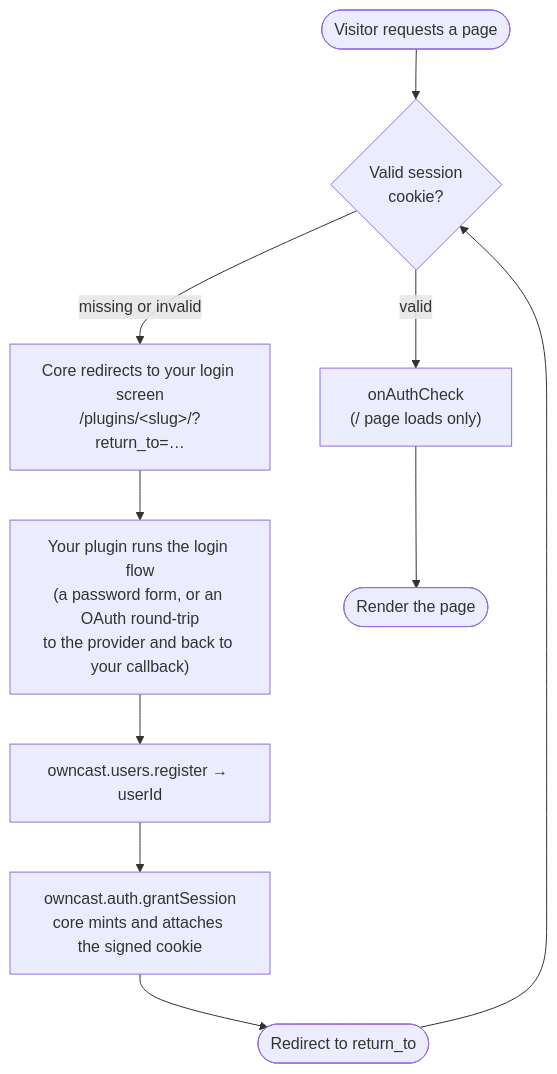
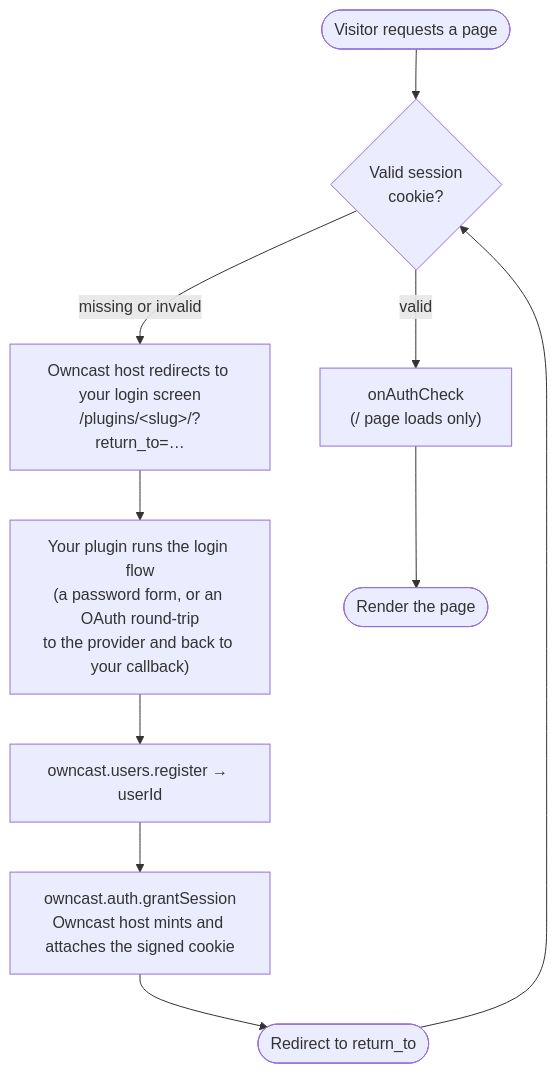
Before and after one commit to owncast/owncast.github.io: the diagram in docs/plugins/auth.mdx, drawn with Mermaid. The commit also changed other lines of this file and 1 other file, not shown here.

Commit message:
Auth docs: say 'Owncast host' instead of 'core', and move the page to the top of the plugins sidebar

````diff
--- a/docs/plugins/auth.mdx
+++ b/docs/plugins/auth.mdx
@@ -58,12 +58,12 @@
 ```mermaid
 flowchart TD
     Visit([Visitor requests a page]) --> Cookie{"Valid session<br/>cookie?"}
-    Cookie -->|"missing or invalid"| Login["Core redirects to your login screen<br/>/plugins/&lt;slug&gt;/?return_to=…"]
+    Cookie -->|"missing or invalid"| Login["Owncast host redirects to your login screen<br/>/plugins/&lt;slug&gt;/?return_to=…"]
     Login --> Flow["Your plugin runs the login flow<br/>(a password form, or an OAuth round-trip<br/>to the provider and back to your callback)"]
     Flow --> Register["owncast.users.register → userId"]
-    Register --> Grant["owncast.auth.grantSession<br/>core mints and attaches the signed cookie"]
+    Register --> Grant["owncast.auth.grantSession<br/>Owncast host mints and attaches the signed cookie"]
     Grant --> Redirect([Redirect to return_to])
     Redirect --> Cookie
     Cookie -->|"valid"| Check["onAuthCheck<br/>(/ page loads only)"]
     Check --> Render([Render the page])
 ```
````
